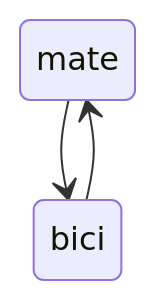
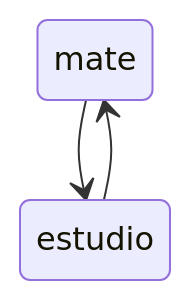
One commit to LautaroTummino/LautaroTummino changed the diagram in README.md. Above: the diagram before and after it, drawn with Mermaid. The commit also changed other lines of this file, not shown here.

````diff
--- a/README.md
+++ b/README.md
@@ -24,5 +24,5 @@
 ```mermaid
 stateDiagram-v2
-	mate --> bici
-	bici --> mate
+	mate --> estudio
+	estudio --> mate
 ```
````
